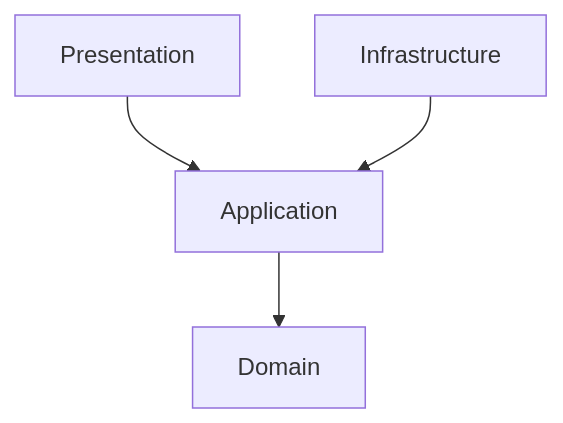
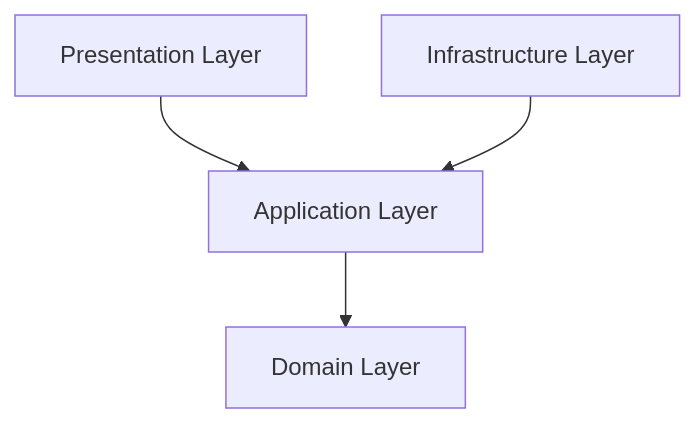
Before and after one commit to JalaU-Capstones/qatu-api: the diagram in .docs/ARCHITECTURE.md, drawn with Mermaid. The commit also changed other lines of this file and 3 other files, not shown here.

First line of the commit message:
docs: enhance architecture, git rules, and add Supabase setup guide

````diff
--- a/.docs/ARCHITECTURE.md
+++ b/.docs/ARCHITECTURE.md
@@ -16,6 +43,11 @@
 ```mermaid
 graph TD
+    Presentation[Presentation Layer]
+    Infrastructure[Infrastructure Layer]
+    Application[Application Layer]
+    Domain[Domain Layer]
+
     Presentation --> Application
     Infrastructure --> Application
     Application --> Domain
 ```
````
